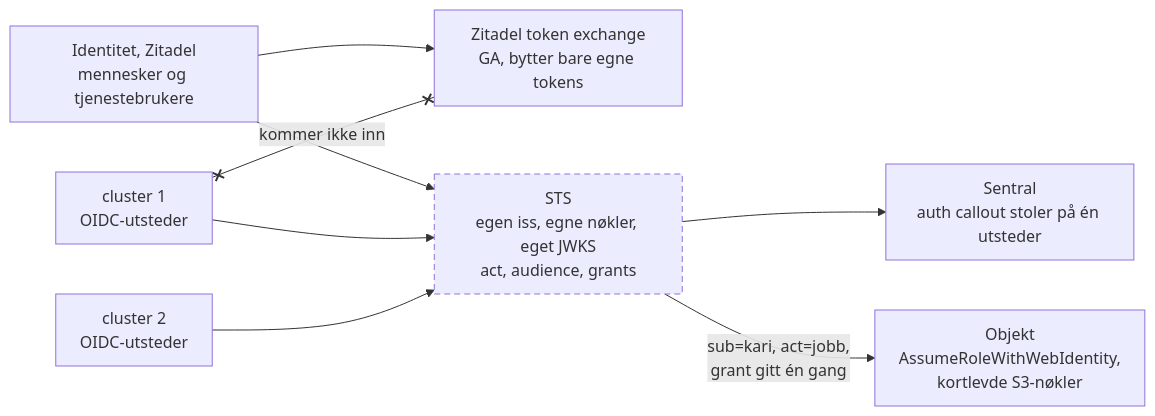
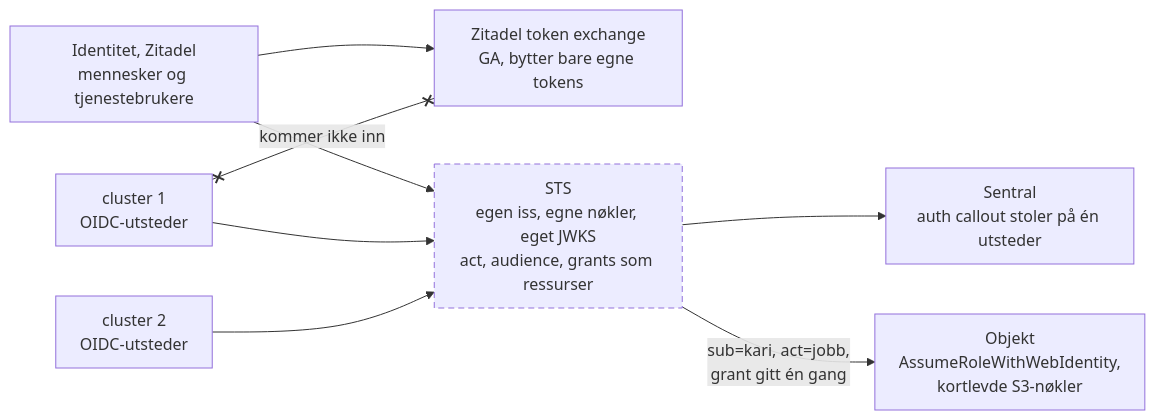
One commit to dataverket-org/org changed the seventh of 7 diagrams in docs/arrangement/2026-10-14-containerkonferansen/foredrag.md. Above: the diagram before and after it, drawn with Mermaid. The commit also changed other lines of this file and 4 other files, not shown here.

First line of the commit message:
docs/arrangement/containerkonferansen: workload og grant som ressurser i Identitet, med eget API

````diff
--- a/docs/arrangement/2026-10-14-containerkonferansen/foredrag.md
+++ b/docs/arrangement/2026-10-14-containerkonferansen/foredrag.md
@@ -421,19 +422,19 @@
 ```mermaid
 %%{init: {"handDrawnSeed": 1, "fontFamily": "Helvetica, Arial, sans-serif", "flowchart": {"htmlLabels": true, "padding": 12}}}%%
 flowchart LR
   Z["Identitet, Zitadel<br/>mennesker og tjenestebrukere"]
   K1["cluster 1<br/>OIDC-utsteder"]
   K2["cluster 2<br/>OIDC-utsteder"]
   ZX["Zitadel token exchange<br/>GA, bytter bare egne tokens"]
-  STS["STS<br/>egen iss, egne nøkler, eget JWKS<br/>act, audience, grants"]
+  STS["STS<br/>egen iss, egne nøkler, eget JWKS<br/>act, audience, grants som ressurser"]
   S["Sentral<br/>auth callout stoler på én utsteder"]
   O["Objekt<br/>AssumeRoleWithWebIdentity,<br/>kortlevde S3-nøkler"]
   Z --> ZX
   K1 x-- "kommer ikke inn" --x ZX
   Z --> STS
   K1 --> STS
   K2 --> STS
   STS --> S
   STS -- "sub=kari, act=jobb,<br/>grant gitt én gang" --> O
   style STS stroke-dasharray: 6 4
 ```
````
